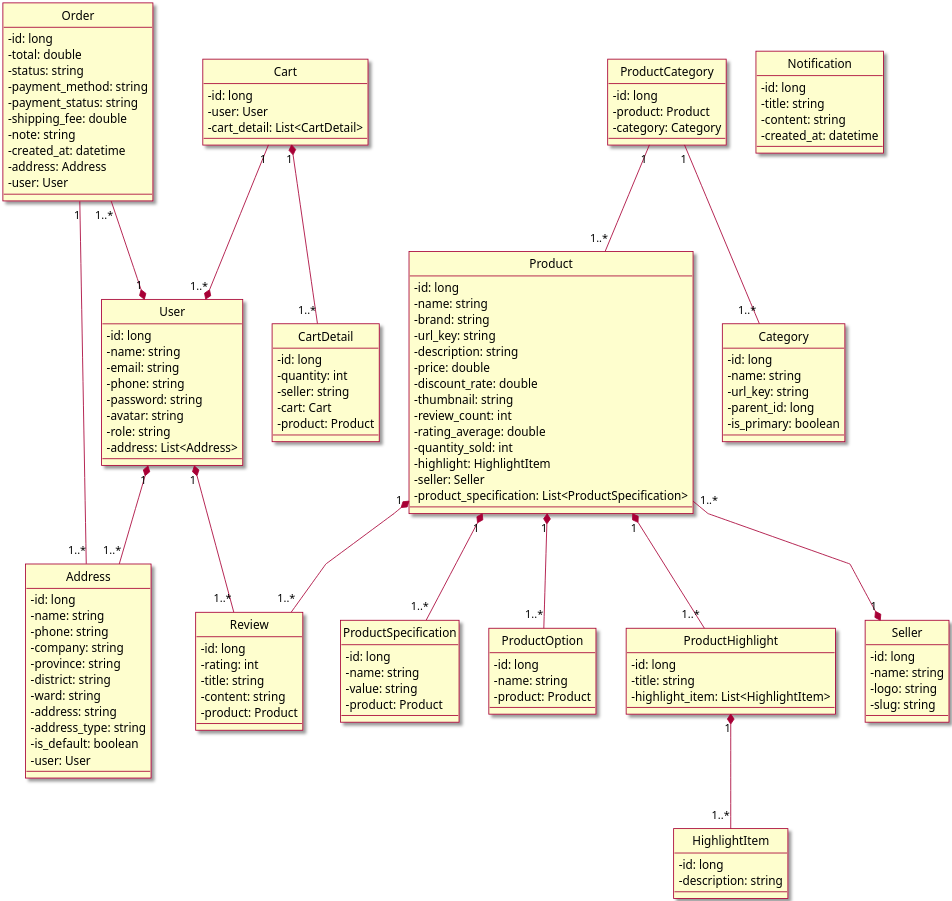
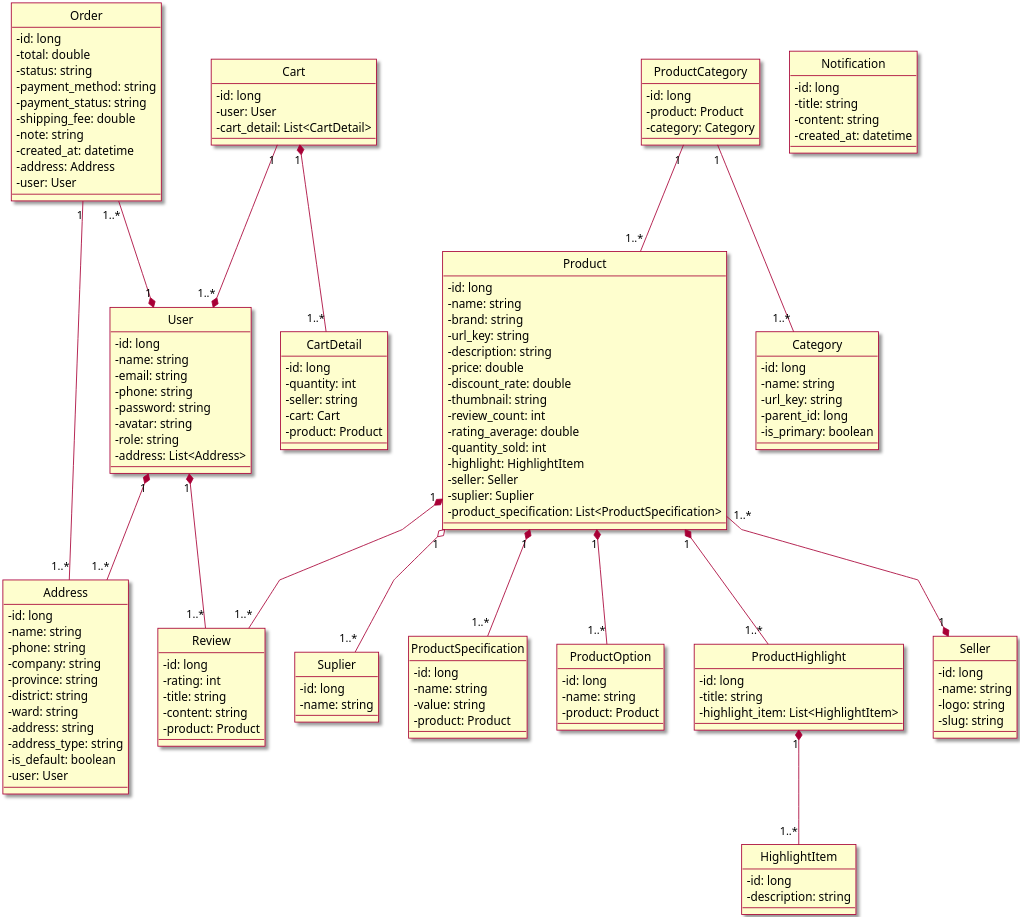
One commit to Marowota/ecommerce-plantuml changed the diagram in Class/ClassDiagram.puml. Above: the diagram before and after it, drawn with PlantUML.

```diff
--- a/Class/ClassDiagram.puml
+++ b/Class/ClassDiagram.puml
@@ -1,165 +1,172 @@
 @startuml Class Diagram
 
 skin rose
 skinparam classAttributeIconSize 0
 ' skinparam linetype ortho
 skinparam linetype polyline
 hide circle
 scale 3
 
 ' Product
 class Product{
     - id: long
     - name: string
     - brand: string
     - url_key: string
     - description: string
     - price: double
     - discount_rate: double
     - thumbnail: string
     - review_count: int
     - rating_average: double
     - quantity_sold: int
     - highlight: HighlightItem
     - seller: Seller
+    - suplier: Suplier
     - product_specification: List<ProductSpecification>
+}
+
+class Suplier{
+    - id: long
+    - name: string
 }
 
 class ProductSpecification{
     - id: long
     - name: string
     - value: string
     - product: Product
 }
 
 class ProductOption{
     - id: long
     - name: string
     - product: Product
 }
 
 class ProductCategory{
     - id: long
     - product: Product
     - category: Category
 }
 
 class ProductHighlight{
     - id: long
     - title: string
     - highlight_item: List<HighlightItem>
 }
 
 class HighlightItem{
     - id: long
     - description: string
 }
 
 class Seller{
     - id: long
     - name: string
     - logo: string
     - slug: string
 }
 
 ' Category
 class Category{
     - id: long
     - name: string
     - url_key: string
     - parent_id: long
     - is_primary: boolean
 }
 
 ' Review
 class Review{
     - id: long
     - rating: int
     - title: string
     - content: string
     - product: Product
 }
 
 ' User
 class User{
     - id: long
     - name: string
     - email: string
     - phone: string
     - password: string
     - avatar: string
     - role: string
     - address: List<Address>
 }
 
 class Address{
     - id: long
     - name: string
     - phone: string
     - company: string
     - province: string
     - district: string
     - ward: string
     - address: string
     - address_type: string
     - is_default: boolean
     - user: User
 }
 
 
 ' Cart
 class Cart{
     - id: long
     - user: User
     - cart_detail: List<CartDetail>
 }
 
 class CartDetail{
     - id: long
     - quantity: int
     - seller: string
     - cart: Cart
     - product: Product
 }
 
 ' Order
 class Order{
     - id: long
     - total: double
     - status: string
     - payment_method: string
     - payment_status: string
     - shipping_fee: double
     - note: string
     - created_at: datetime
     - address: Address
     - user: User
 }
 
 ' Notification
 class Notification{
     - id: long
     - title: string
     - content: string
     - created_at: datetime
 }
 
 Product "1" *-- "1..*" ProductSpecification
 Product "1" *-- "1..*" ProductOption
 Product "1..* "--* "1" Seller
+Product "1" o-- "1..*" Suplier
 Product "1" *-- "1..*" Review
 Product "1" *-- "1..*" ProductHighlight
 ProductHighlight "1" *-- "1..*" HighlightItem
 
 ProductCategory "1" -- "1..*" Product
 ProductCategory "1" -- "1..*" Category
 
 User "1" *-- "1..*" Address
 User "1" *-- "1..*" Review
 
 Cart "1" --* "1..*" User
 Cart "1" *-- "1..*" CartDetail
 
 Order "1..*" --* "1" User
 Order "1" -- "1..*" Address
 @enduml
```
